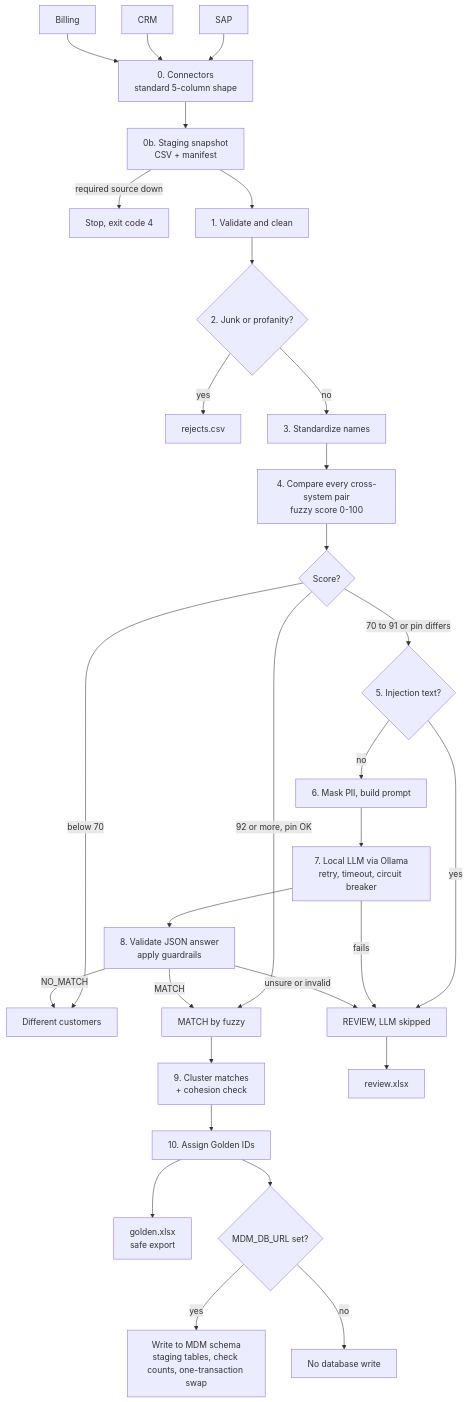
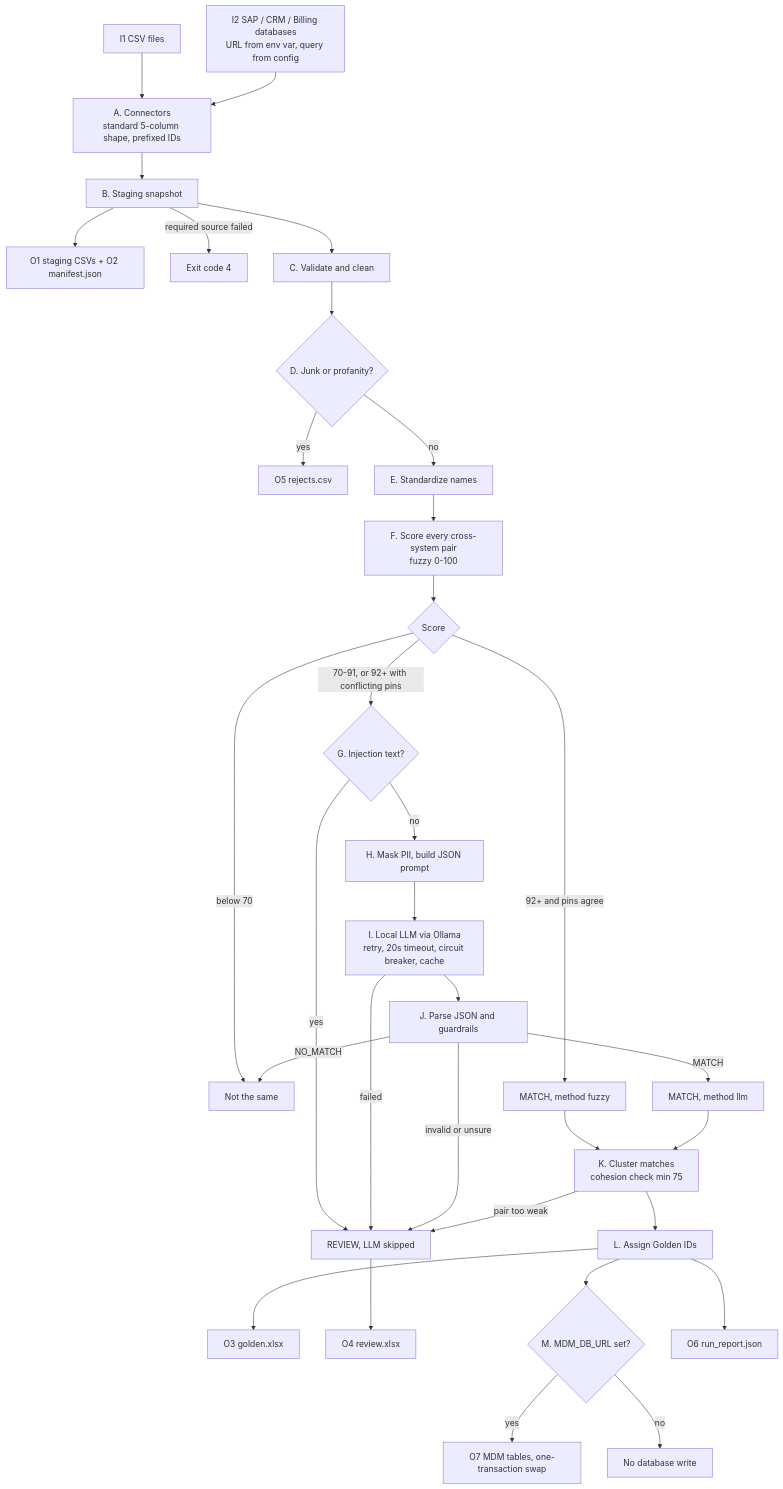
The diagram in Prototype/PIPELINE.md (surxaaa/Vaisala_Problemstatement), drawn with Mermaid before and after one commit. The commit also changed other lines of this file and 17 other files, not shown here.

````diff
--- a/Prototype/PIPELINE.md
+++ b/Prototype/PIPELINE.md
@@ -19,32 +43,35 @@
 ```mermaid
 flowchart TD
-    S1[SAP] --> X[0. Connectors<br/>standard 5-column shape]
-    S2[CRM] --> X
-    S3[Billing] --> X
-    X --> ST[0b. Staging snapshot<br/>CSV + manifest]
-    ST -- required source down --> E4[Stop, exit code 4]
-    ST --> B[1. Validate and clean]
-    B --> C{2. Junk or profanity?}
-    C -- yes --> R[rejects.csv]
-    C -- no --> D[3. Standardize names]
-    D --> E[4. Compare every cross-system pair<br/>fuzzy score 0-100]
-    E --> F{Score?}
-    F -- below 70 --> N[Different customers]
-    F -- 92 or more, pin OK --> M[MATCH by fuzzy]
-    F -- 70 to 91 or pin differs --> G{5. Injection text?}
-    G -- yes --> V[REVIEW, LLM skipped]
-    G -- no --> H[6. Mask PII, build prompt]
-    H --> I[7. Local LLM via Ollama<br/>retry, timeout, circuit breaker]
-    I -- fails --> V
-    I --> J[8. Validate JSON answer<br/>apply guardrails]
-    J -- MATCH --> M
-    J -- unsure or invalid --> V
-    J -- NO_MATCH --> N
-    M --> K[9. Cluster matches<br/>+ cohesion check]
-    K --> L[10. Assign Golden IDs]
-    L --> O[golden.xlsx<br/>safe export]
-    L --> W{MDM_DB_URL set?}
-    W -- yes --> MDM[Write to MDM schema<br/>staging tables, check counts, one-transaction swap]
+    I1[I1 CSV files] --> C
+    I2[I2 SAP / CRM / Billing databases<br/>URL from env var, query from config] --> C
+    C[A. Connectors<br/>standard 5-column shape, prefixed IDs] --> S[B. Staging snapshot]
+    S --> O1[O1 staging CSVs + O2 manifest.json]
+    S -- required source failed --> X[Exit code 4]
+    S --> V[C. Validate and clean]
+    V --> Q{D. Junk or profanity?}
+    Q -- yes --> RJ[O5 rejects.csv]
+    Q -- no --> STD[E. Standardize names]
+    STD --> P[F. Score every cross-system pair<br/>fuzzy 0-100]
+    P --> T{Score}
+    T -- below 70 --> NM[Not the same]
+    T -- 92+ and pins agree --> MA[MATCH, method fuzzy]
+    T -- 70-91, or 92+ with conflicting pins --> INJ{G. Injection text?}
+    INJ -- yes --> RV[REVIEW, LLM skipped]
+    INJ -- no --> PR[H. Mask PII, build JSON prompt]
+    PR --> LLM[I. Local LLM via Ollama<br/>retry, 20s timeout, circuit breaker, cache]
+    LLM -- failed --> RV
+    LLM --> GR[J. Parse JSON and guardrails]
+    GR -- MATCH --> ML[MATCH, method llm]
+    GR -- NO_MATCH --> NM
+    GR -- invalid or unsure --> RV
+    MA --> CL
+    ML --> CL[K. Cluster matches<br/>cohesion check min 75]
+    CL -- pair too weak --> RV
+    CL --> GID[L. Assign Golden IDs]
+    GID --> O3[O3 golden.xlsx]
+    RV --> O4[O4 review.xlsx]
+    GID --> W{M. MDM_DB_URL set?}
+    W -- yes --> O7[O7 MDM tables, one-transaction swap]
     W -- no --> SK[No database write]
-    V --> P[review.xlsx]
+    GID --> O6[O6 run_report.json]
 ```
````
